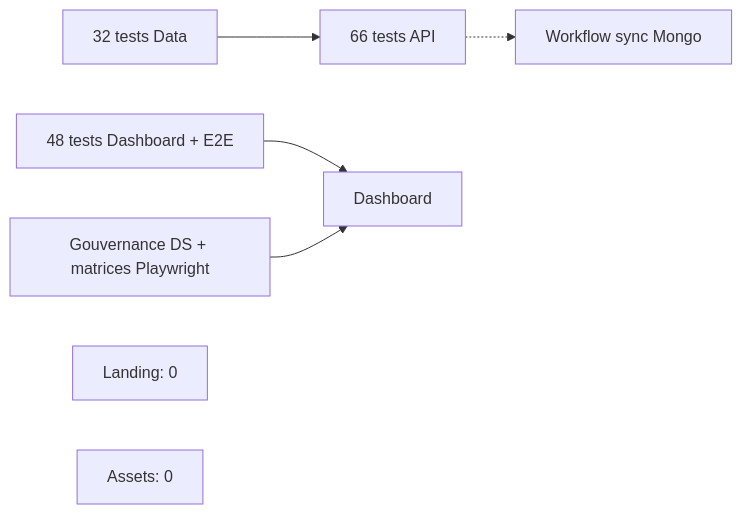
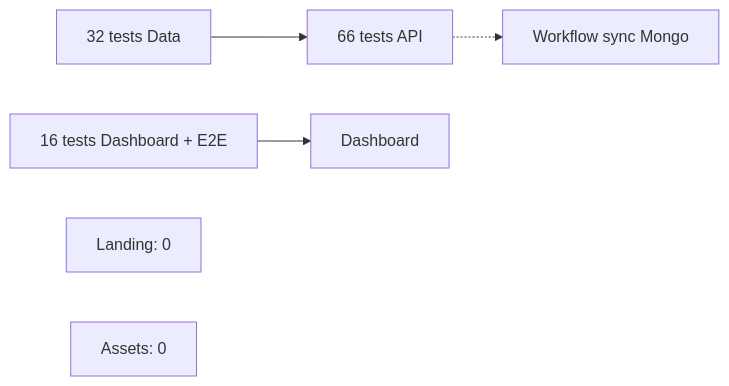
The diagram in docs/Tome 1 — Foundation (Fondations)/DOC-021-testing.md (Matthieu-Vachet/dashboard_Admin), drawn with Mermaid before and after one commit. The commit also changed other lines of this file and 529 other files, not shown here.

````diff
--- a/docs/Tome 1 — Foundation (Fondations)/DOC-021-testing.md
+++ b/docs/Tome 1 — Foundation (Fondations)/DOC-021-testing.md
@@ -79,9 +72,8 @@
 ```mermaid
 flowchart LR
   DATA["32 tests Data"] --> API["66 tests API"]
-  DASH["48 tests Dashboard + E2E"] --> UI["Dashboard"]
-  RESP["Gouvernance DS + matrices Playwright"] --> UI
+  DASH["16 tests Dashboard + E2E"] --> UI["Dashboard"]
   API -.-> SYNC["Workflow sync Mongo"]
   LAND["Landing: 0"]
   ASSETS["Assets: 0"]
 ```
````
